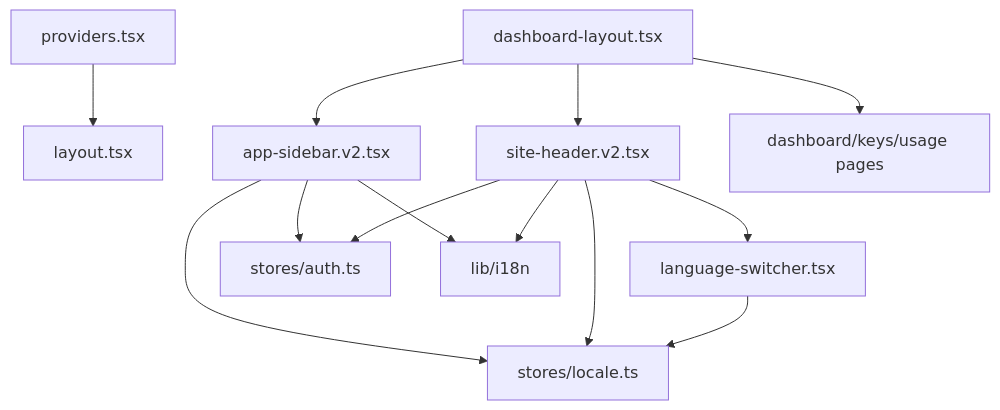
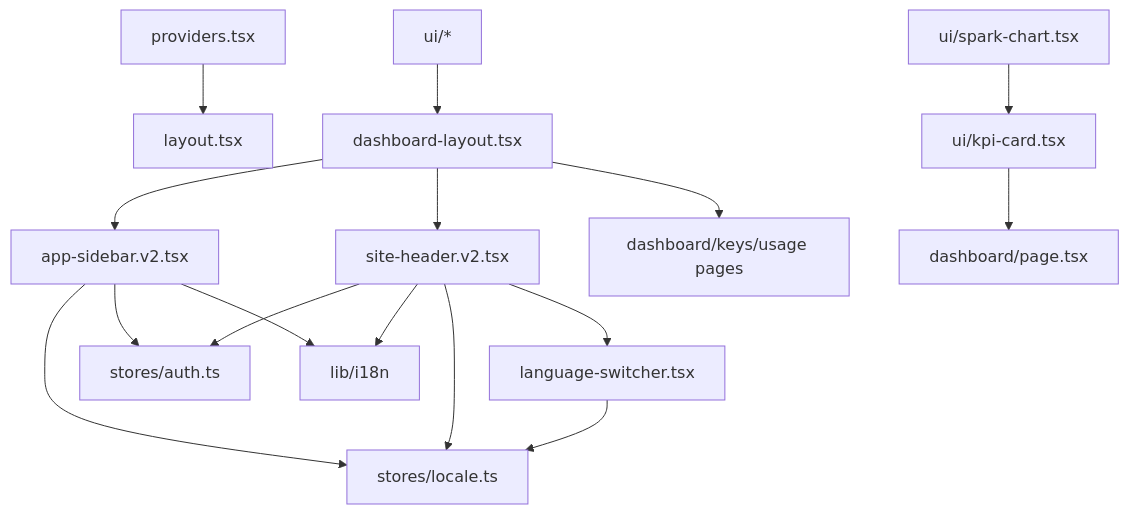
The diagram in src/components/_dir.md (Zekiwest/sub2api-web), drawn with Mermaid before and after one commit. The commit also changed other lines of this file and 25 other files, not shown here.

First line of the commit message:
feat(dashboard): Add Tremor-style KPI cards and charts

````diff
--- a/src/components/_dir.md
+++ b/src/components/_dir.md
@@ -23,19 +27,23 @@
 ```mermaid
 graph TD
     P[providers.tsx] --> L[layout.tsx]
     DL[dashboard-layout.tsx] --> S[app-sidebar.v2.tsx]
     DL --> H[site-header.v2.tsx]
     H --> LS[language-switcher.tsx]
     
     S --> AS[stores/auth.ts]
     S --> LC[stores/locale.ts]
     S --> I18N[lib/i18n]
     
     H --> AS
     H --> LC
     H --> I18N
     
     LS --> LC
     
     DL --> PAGES[dashboard/keys/usage pages]
+    
+    UI[ui/*] --> DL
+    KPI[ui/kpi-card.tsx] --> DASH[dashboard/page.tsx]
+    SPARK[ui/spark-chart.tsx] --> KPI
 ```
````
